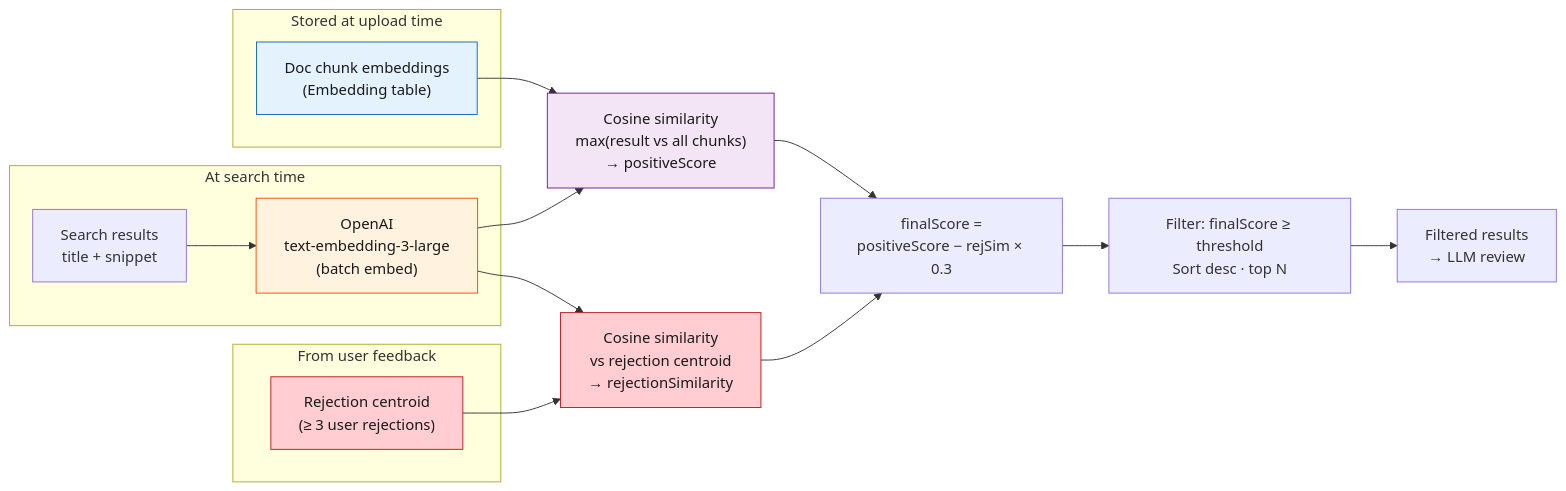
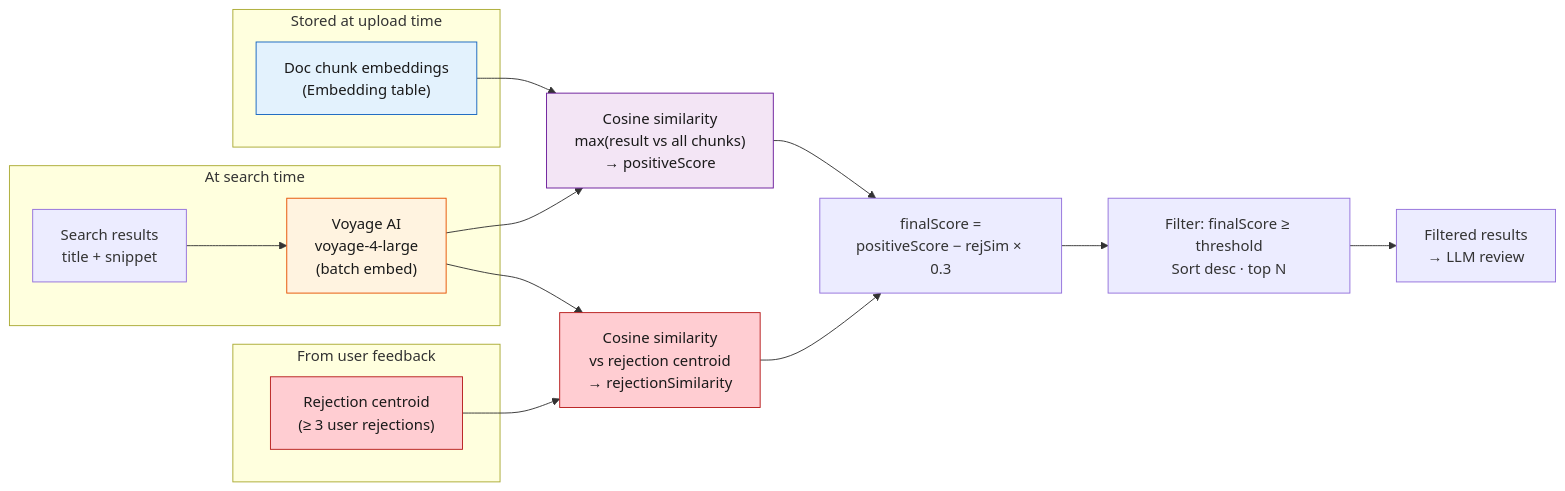
One commit to hubenschmidt/pina-colada changed the seventh of 11 diagrams in README.md. Above: the diagram before and after it, drawn with Mermaid. The commit also changed other lines of this file, not shown here.

````diff
--- a/README.md
+++ b/README.md
@@ -310,31 +310,31 @@
 ```mermaid
 flowchart LR
     subgraph STORED["Stored at upload time"]
         DC["Doc chunk embeddings<br/>(Embedding table)"]
     end
 
     subgraph RUNTIME["At search time"]
-        SR["Search results<br/>title + snippet"] --> OAI["OpenAI<br/>text-embedding-3-large<br/>(batch embed)"]
+        SR["Search results<br/>title + snippet"] --> OAI["Voyage AI<br/>voyage-4-large<br/>(batch embed)"]
     end
 
     subgraph REJECTION["From user feedback"]
         RC["Rejection centroid<br/>(≥ 3 user rejections)"]
     end
 
     DC --> COS["Cosine similarity<br/>max(result vs all chunks)<br/>→ positiveScore"]
     OAI --> COS
     OAI --> REJCOS["Cosine similarity<br/>vs rejection centroid<br/>→ rejectionSimilarity"]
     RC --> REJCOS
 
     COS --> SCORE["finalScore =<br/>positiveScore − rejSim × 0.3"]
     REJCOS --> SCORE
 
     SCORE --> FILTER["Filter: finalScore ≥ threshold<br/>Sort desc · top N"]
     FILTER --> OUT["Filtered results<br/>→ LLM review"]
 
     style DC fill:#e3f2fd,stroke:#1565c0,color:#1a1a1a
     style OAI fill:#fff3e0,stroke:#e65100,color:#1a1a1a
     style COS fill:#f3e5f5,stroke:#6a1b9a,color:#1a1a1a
     style RC fill:#ffcdd2,stroke:#b71c1c,color:#1a1a1a
     style REJCOS fill:#ffcdd2,stroke:#b71c1c,color:#1a1a1a
 ```
````
